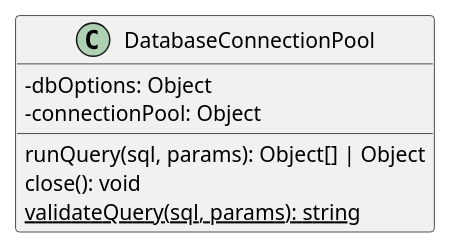
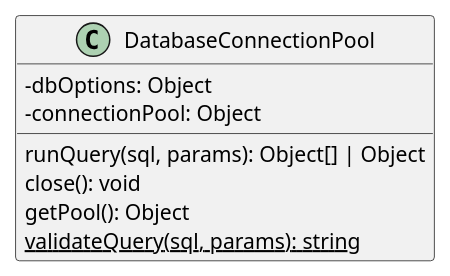
One commit to matt-fidd/stratos changed the diagram in writeup/diagrams/DatabaseConnectionPool.puml. Above: the diagram before and after it, drawn with PlantUML. The commit also changed 3 other files, not shown here.

```diff
--- a/writeup/diagrams/DatabaseConnectionPool.puml
+++ b/writeup/diagrams/DatabaseConnectionPool.puml
@@ -1,12 +1,13 @@
 @startuml
 skinparam classAttributeIconSize 0
 
 class DatabaseConnectionPool {
 	-dbOptions: Object
 	-connectionPool: Object
 	runQuery(sql, params): Object[] | Object
 	close(): void
+	getPool(): Object
 	{static} validateQuery(sql, params): string
 }
 
 @enduml
```
